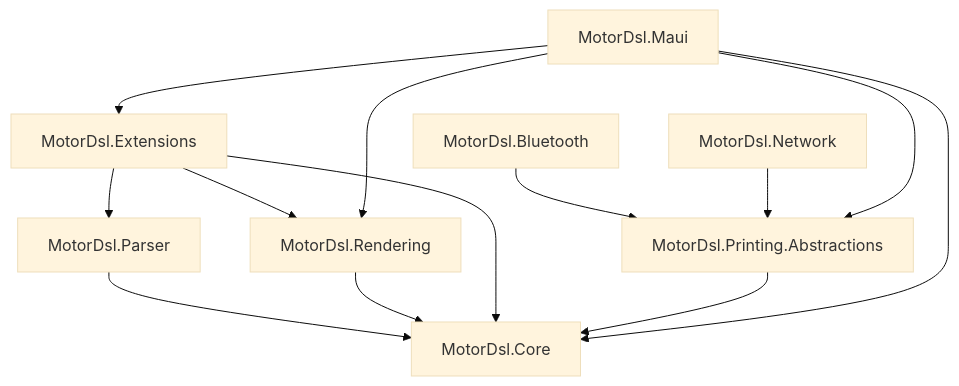
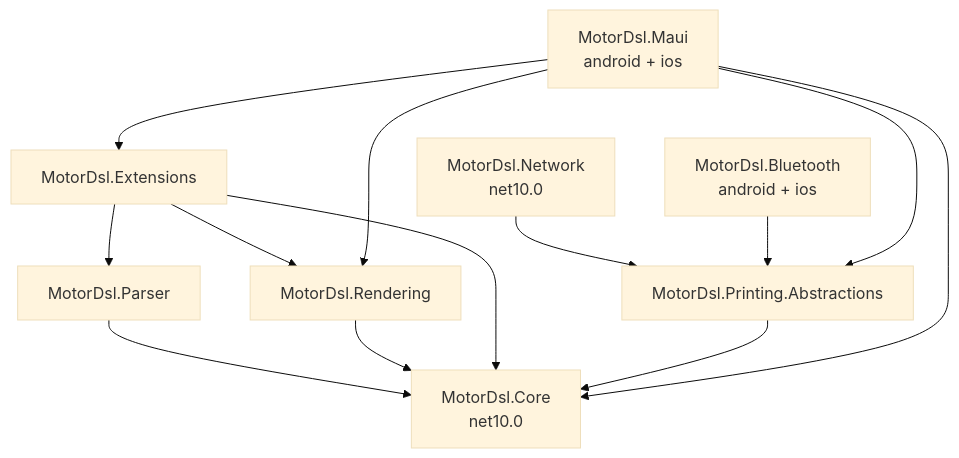
One commit to hdcm-dev/ThermalPrint.MotorDsl.Core.Documentacion changed the diagram in ia-db/indexes/00_MASTER-INDEX.md. Above: the diagram before and after it, drawn with Mermaid (base theme). The commit also changed other lines of this file and 17 other files, not shown here.

````diff
--- a/ia-db/indexes/00_MASTER-INDEX.md
+++ b/ia-db/indexes/00_MASTER-INDEX.md
@@ -45,16 +45,16 @@
 ```mermaid
 graph TD
-    Core[MotorDsl.Core]
+    Core[MotorDsl.Core<br/>net10.0]
     Parser[MotorDsl.Parser] --> Core
     Rendering[MotorDsl.Rendering] --> Core
     Ext[MotorDsl.Extensions] --> Core
     Ext --> Parser
     Ext --> Rendering
-    PA[MotorDsl.Printing.Abstractions] --> Core
-    BT[MotorDsl.Bluetooth] --> PA
-    NET[MotorDsl.Network] --> PA
-    Maui[MotorDsl.Maui] --> Core
+    Abs[MotorDsl.Printing.Abstractions] --> Core
+    Net[MotorDsl.Network<br/>net10.0] --> Abs
+    BT[MotorDsl.Bluetooth<br/>android + ios] --> Abs
+    Maui[MotorDsl.Maui<br/>android + ios] --> Core
     Maui --> Rendering
     Maui --> Ext
-    Maui --> PA
+    Maui --> Abs
 ```
````
